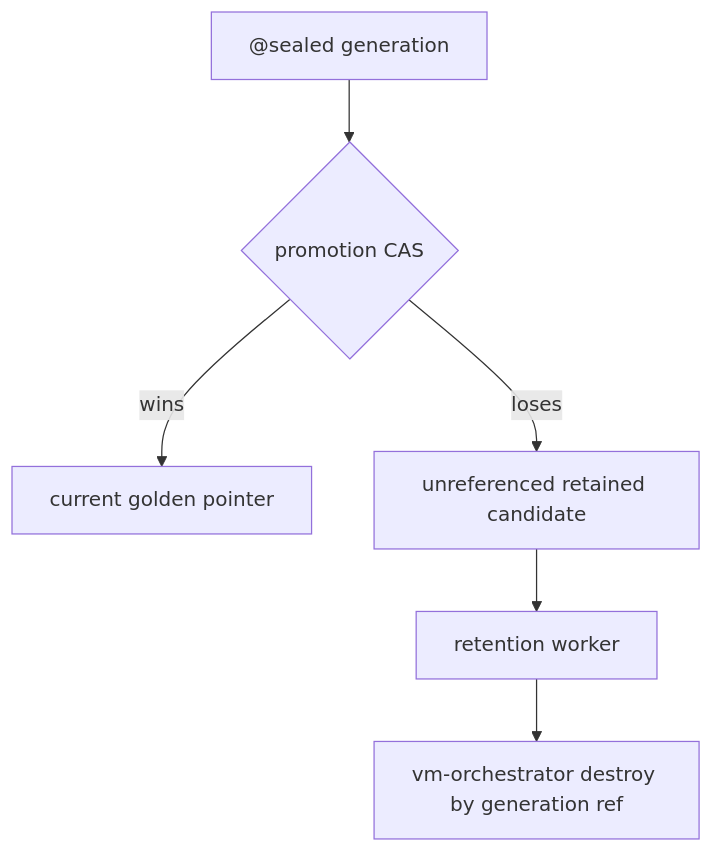
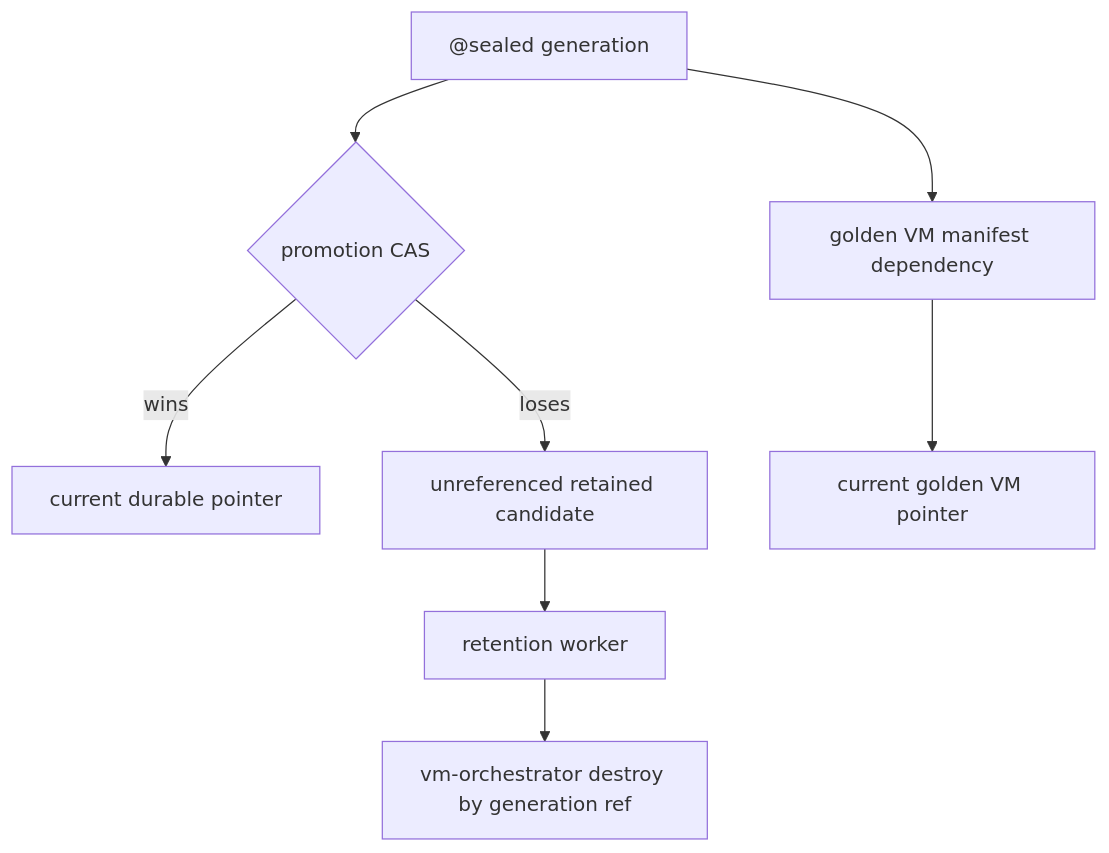
The sixth of 6 diagrams in src/substrate/vm-orchestrator/docs/zfs-volume-lifecycle.md (guardian-intelligence/verself), drawn with Mermaid before and after one commit. The commit also changed other lines of this file and 14 other files, not shown here.

````diff
--- a/src/substrate/vm-orchestrator/docs/zfs-volume-lifecycle.md
+++ b/src/substrate/vm-orchestrator/docs/zfs-volume-lifecycle.md
@@ -140,8 +157,10 @@
 ```mermaid
 flowchart TD
     sealed["@sealed generation"] --> cas{promotion CAS}
-    cas -->|wins| current["current golden pointer"]
+    sealed --> vm_manifest["golden VM manifest dependency"]
+    cas -->|wins| current["current durable pointer"]
+    vm_manifest --> vm_current["current golden VM pointer"]
     cas -->|loses| retained["unreferenced retained candidate"]
     retained --> retention["retention worker"]
     retention --> destroy["vm-orchestrator destroy by generation ref"]
 ```
````
